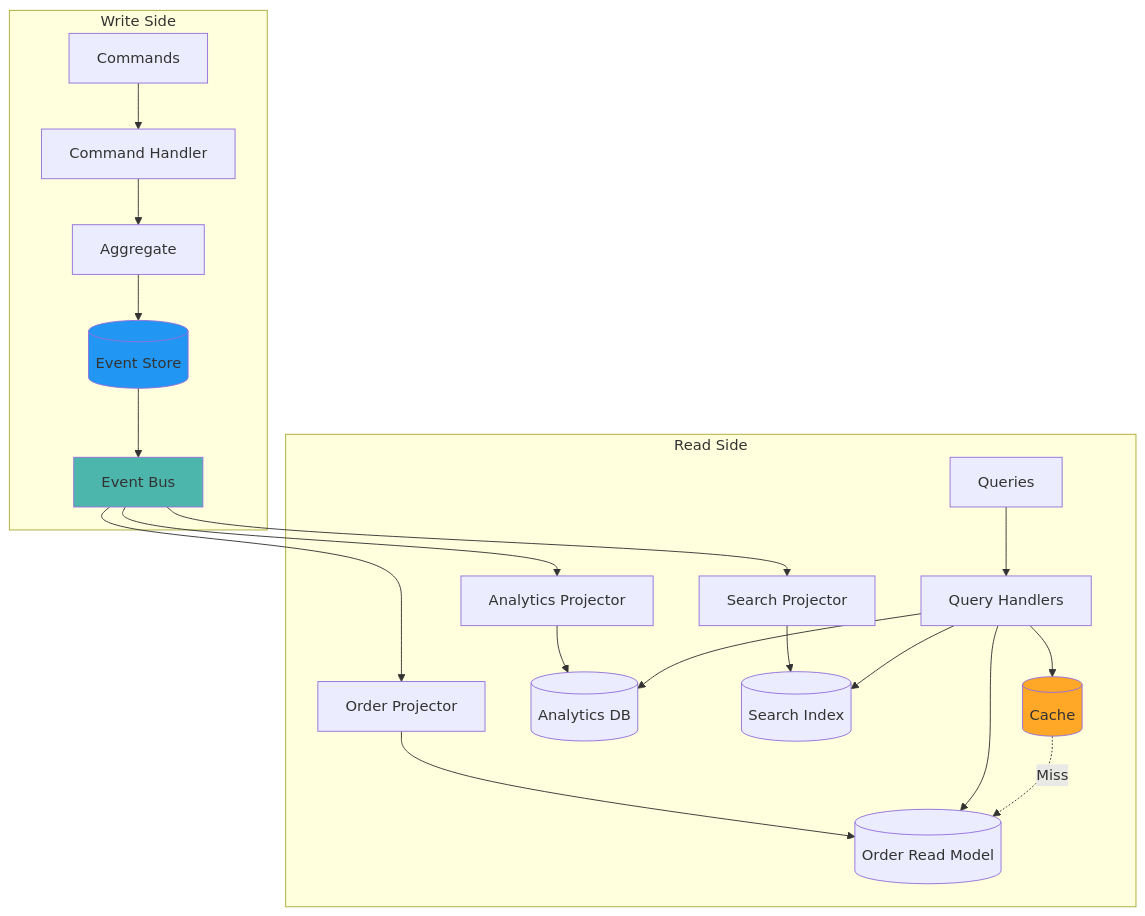
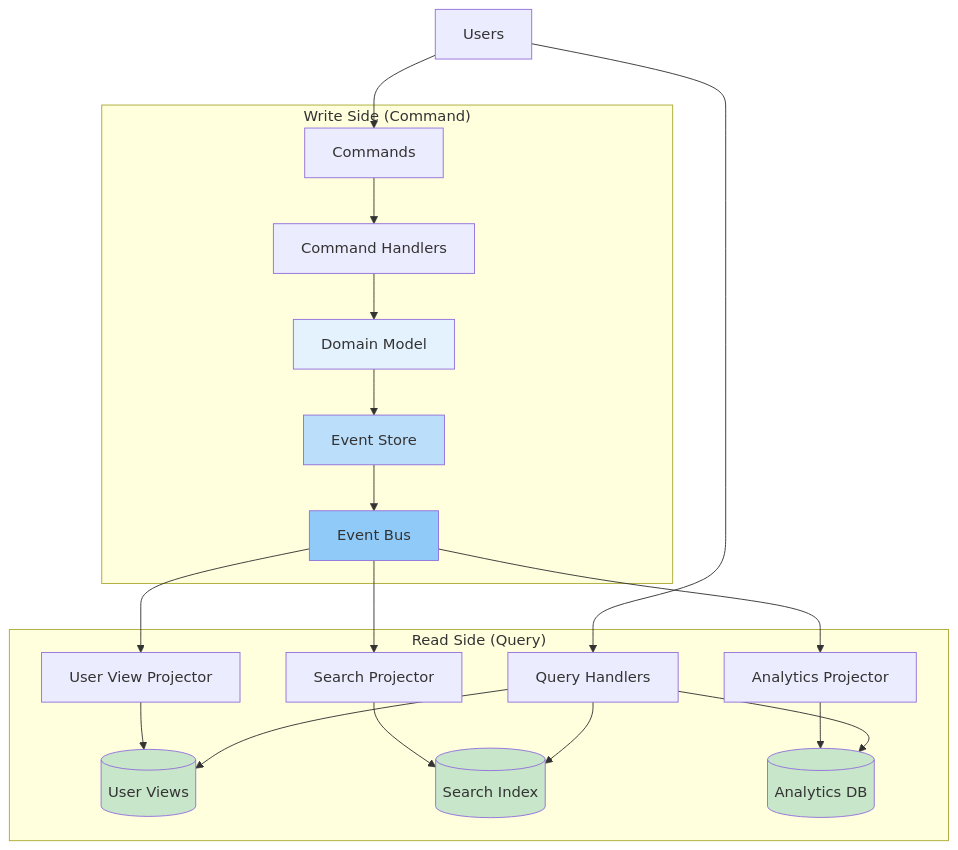
One commit to deepaucksharma/DStudio changed the first of 4 diagrams in docs/patterns/cqrs.md. Above: the diagram before and after it, drawn with Mermaid. The commit also changed other lines of this file and 7 other files, not shown here.

````diff
--- a/docs/patterns/cqrs.md
+++ b/docs/patterns/cqrs.md
@@ -298,31 +52,33 @@
 ```mermaid
 graph TB
-    subgraph "Write Side"
-        CMD[Commands] --> CH[Command Handler]
-        CH --> AGG[Aggregate]
-        AGG --> ES[(Event Store)]
+    subgraph "Write Side (Command)"
+        CMD[Commands] --> CH[Command Handlers]
+        CH --> DM[Domain Model]
+        DM --> ES[Event Store]
         ES --> EB[Event Bus]
     end
     
-    subgraph "Read Side"
-        EB --> P1[Order Projector]
-        EB --> P2[Analytics Projector]
-        EB --> P3[Search Projector]
+    subgraph "Read Side (Query)"
+        EB --> P1[User View Projector]
+        EB --> P2[Search Projector]
+        EB --> P3[Analytics Projector]
         
-        P1 --> RM1[(Order Read Model)]
-        P2 --> RM2[(Analytics DB)]
-        P3 --> RM3[(Search Index)]
+        P1 --> RM1[(User Views)]
+        P2 --> RM2[(Search Index)]
+        P3 --> RM3[(Analytics DB)]
         
-        Q[Queries] --> QH[Query Handlers]
-        QH --> RM1
+        QH[Query Handlers] --> RM1
         QH --> RM2
         QH --> RM3
-        
-        QH --> C[(Cache)]
-        C -.->|Miss| RM1
     end
     
-    style ES fill:#2196f3
-    style EB fill:#4db6ac
-    style C fill:#ffa726
+    U[Users] --> CMD
+    U --> QH
+    
+    style DM fill:#e3f2fd
+    style ES fill:#bbdefb
+    style EB fill:#90caf9
+    style RM1 fill:#c8e6c9
+    style RM2 fill:#c8e6c9
+    style RM3 fill:#c8e6c9
 ```
````
